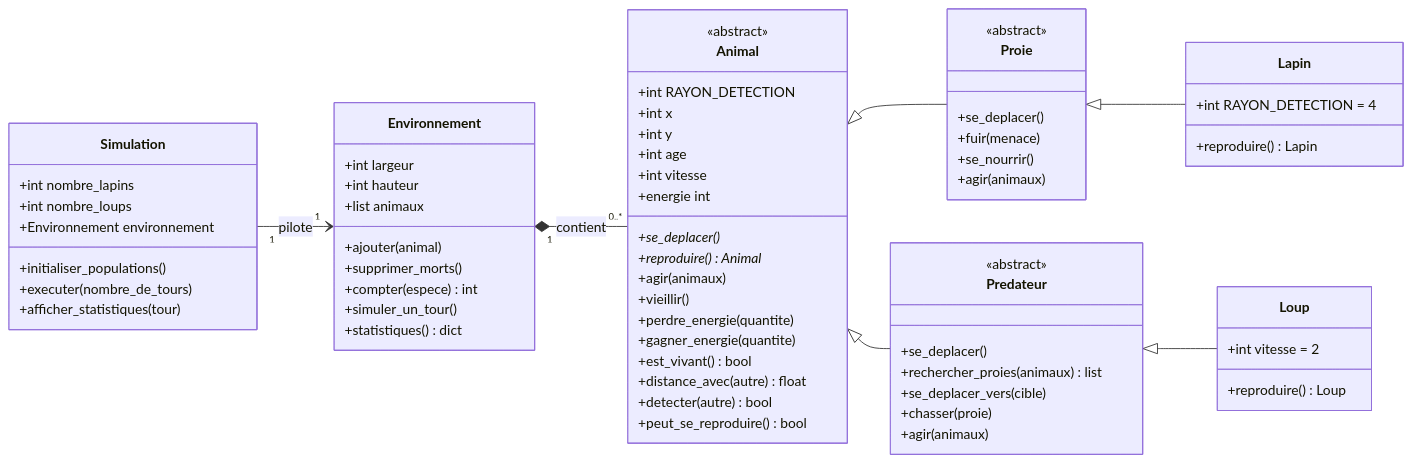
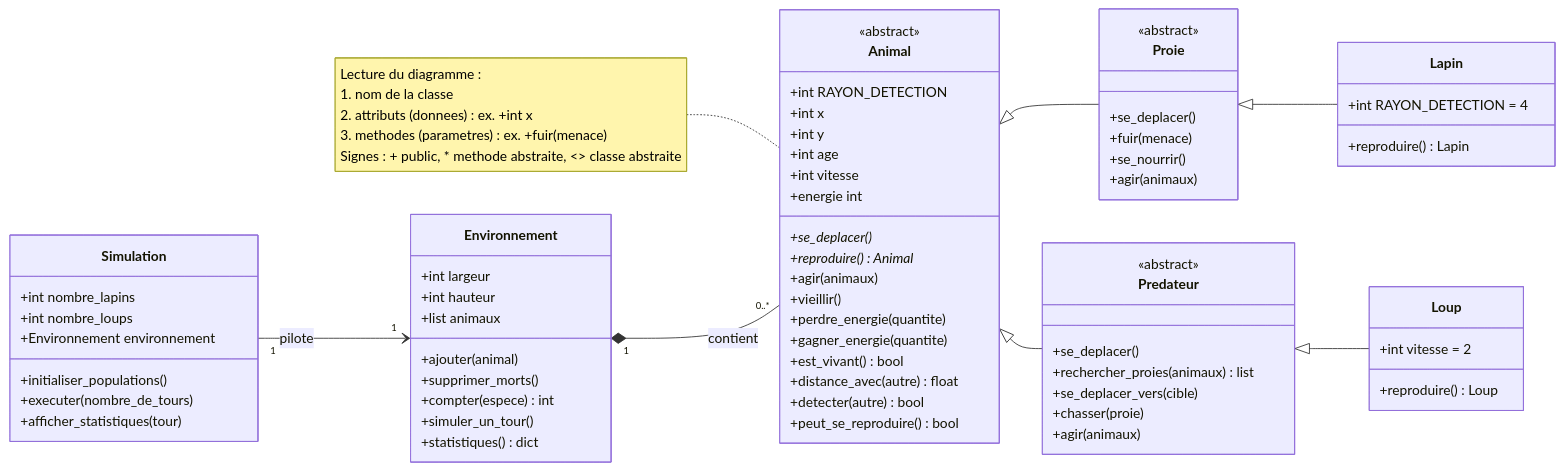
The third of 3 diagrams in traduction-rapport.md (hmty-CHEN/POO-TP1), drawn with Mermaid before and after one commit. The commit also changed 1 other file, not shown here.

Commit message:
Ajout d une legende de lecture dans le diagramme UML

````diff
--- a/traduction-rapport.md
+++ b/traduction-rapport.md
@@ -168,78 +168,80 @@
 ```mermaid
 classDiagram
     direction LR
 
     class Animal {
         <<abstract>>
         +int RAYON_DETECTION
         +int x
         +int y
         +int age
         +int vitesse
         +energie int
         +se_deplacer()*
         +reproduire()* Animal
         +agir(animaux)
         +vieillir()
         +perdre_energie(quantite)
         +gagner_energie(quantite)
         +est_vivant() bool
         +distance_avec(autre) float
         +detecter(autre) bool
         +peut_se_reproduire() bool
     }
 
     class Proie {
         <<abstract>>
         +se_deplacer()
         +fuir(menace)
         +se_nourrir()
         +agir(animaux)
     }
 
     class Predateur {
         <<abstract>>
         +se_deplacer()
         +rechercher_proies(animaux) list
         +se_deplacer_vers(cible)
         +chasser(proie)
         +agir(animaux)
     }
 
     class Lapin {
         +int RAYON_DETECTION = 4
         +reproduire() Lapin
     }
 
     class Loup {
         +int vitesse = 2
         +reproduire() Loup
     }
 
     class Environnement {
         +int largeur
         +int hauteur
         +list animaux
         +ajouter(animal)
         +supprimer_morts()
         +compter(espece) int
         +simuler_un_tour()
         +statistiques() dict
     }
 
     class Simulation {
         +int nombre_lapins
         +int nombre_loups
         +Environnement environnement
         +initialiser_populations()
         +executer(nombre_de_tours)
         +afficher_statistiques(tour)
     }
 
     Animal <|-- Proie
     Animal <|-- Predateur
     Proie <|-- Lapin
     Predateur <|-- Loup
     Environnement "1" *-- "0..*" Animal : contient
     Simulation "1" --> "1" Environnement : pilote
+
+    note for Animal "Lecture du diagramme :<br/>1. nom de la classe<br/>2. attributs (donnees) : ex. +int x<br/>3. methodes (parametres) : ex. +fuir(menace)<br/>Signes : + public, * methode abstraite, <<abstract>> classe abstraite"
 ```
````
